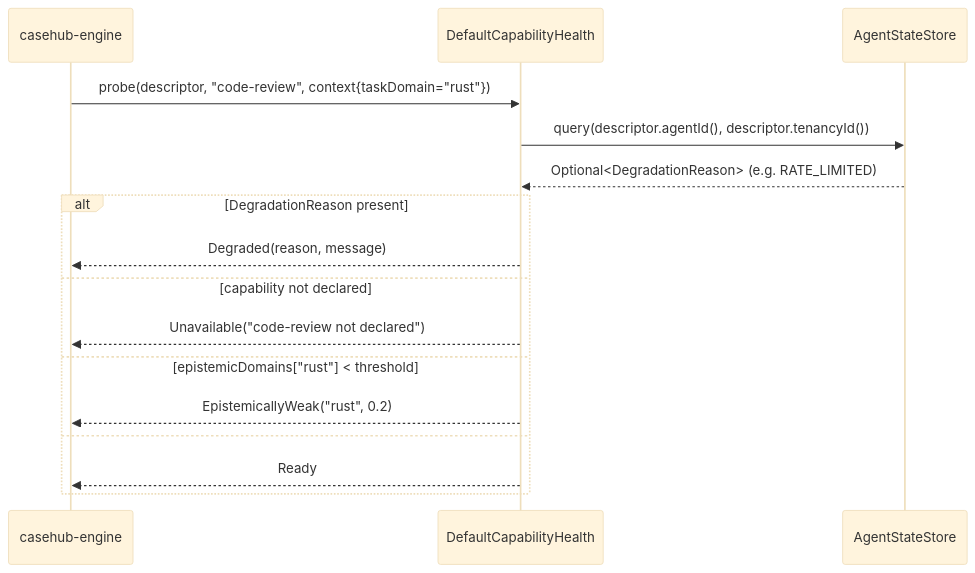
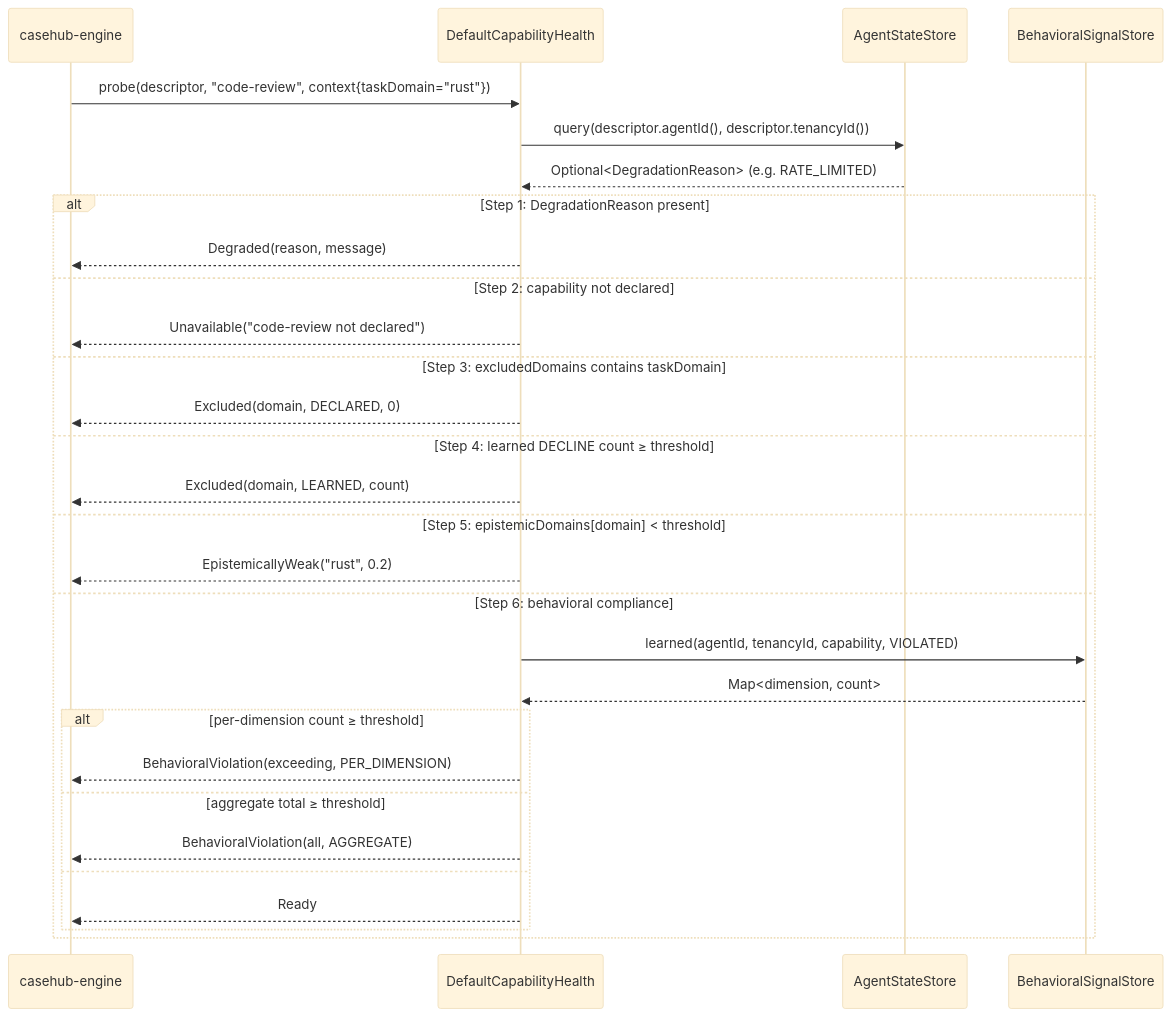
One commit to mdproctor/wsp-casehub-eidos changed the fourth of 7 diagrams in ARC42STORIES.MD. Above: the diagram before and after it, drawn with Mermaid (base theme). The commit also changed other lines of this file, not shown here.

````diff
--- a/ARC42STORIES.MD
+++ b/ARC42STORIES.MD
@@ -232,19 +232,32 @@
 ```mermaid
 sequenceDiagram
   participant Eng as casehub-engine
   participant CH as DefaultCapabilityHealth
   participant SS as AgentStateStore
+  participant BS as BehavioralSignalStore
 
   Eng->>CH: probe(descriptor, "code-review", context{taskDomain="rust"})
   CH->>SS: query(descriptor.agentId(), descriptor.tenancyId())
   SS-->>CH: Optional<DegradationReason> (e.g. RATE_LIMITED)
-  alt DegradationReason present
+  alt Step 1: DegradationReason present
     CH-->>Eng: Degraded(reason, message)
-  else capability not declared
+  else Step 2: capability not declared
     CH-->>Eng: Unavailable("code-review not declared")
-  else epistemicDomains["rust"] < threshold
+  else Step 3: excludedDomains contains taskDomain
+    CH-->>Eng: Excluded(domain, DECLARED, 0)
+  else Step 4: learned DECLINE count ≥ threshold
+    CH-->>Eng: Excluded(domain, LEARNED, count)
+  else Step 5: epistemicDomains[domain] < threshold
     CH-->>Eng: EpistemicallyWeak("rust", 0.2)
-  else
-    CH-->>Eng: Ready
+  else Step 6: behavioral compliance
+    CH->>BS: learned(agentId, tenancyId, capability, VIOLATED)
+    BS-->>CH: Map<dimension, count>
+    alt per-dimension count ≥ threshold
+      CH-->>Eng: BehavioralViolation(exceeding, PER_DIMENSION)
+    else aggregate total ≥ threshold
+      CH-->>Eng: BehavioralViolation(all, AGGREGATE)
+    else
+      CH-->>Eng: Ready
+    end
   end
 ```
````
